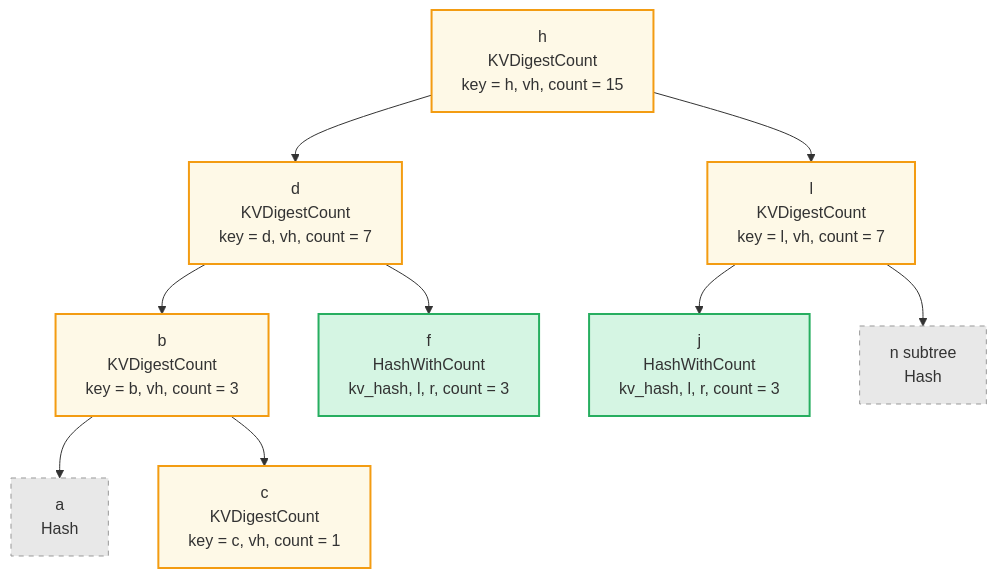
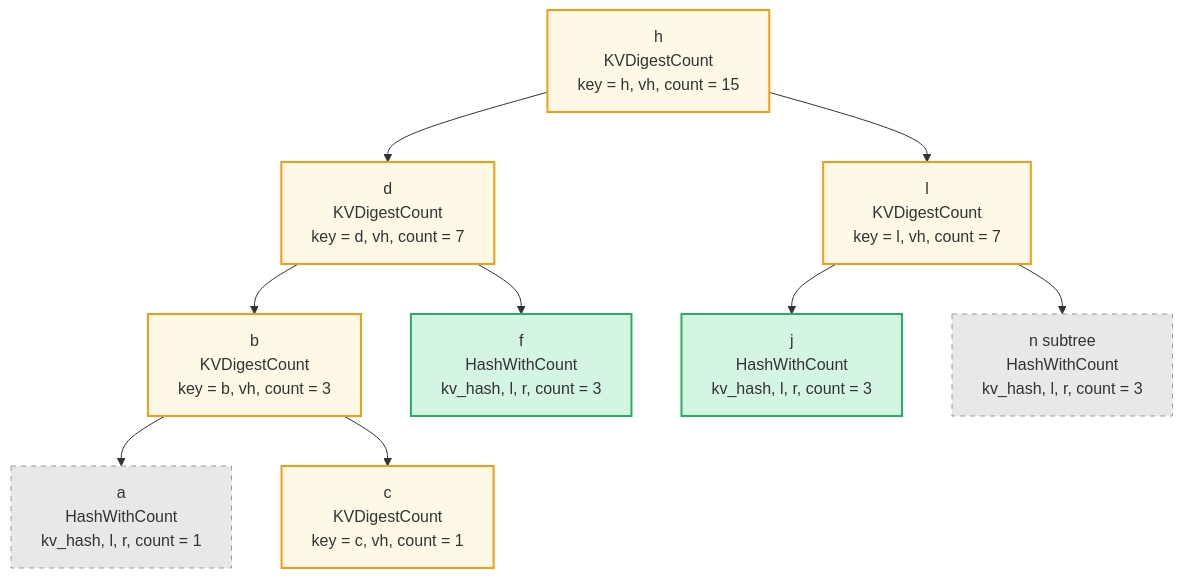
Before and after one commit to dashpay/grovedb: the fifth of 5 diagrams in docs/book/src/aggregate-count-queries.md, drawn with Mermaid. The commit also changed other lines of this file and 1 other file, not shown here.

````diff
--- a/docs/book/src/aggregate-count-queries.md
+++ b/docs/book/src/aggregate-count-queries.md
@@ -397,30 +409,30 @@
 ```mermaid
 graph TD
     h["h<br/>KVDigestCount<br/>key = h, vh, count = 15"]
     d["d<br/>KVDigestCount<br/>key = d, vh, count = 7"]
     l["l<br/>KVDigestCount<br/>key = l, vh, count = 7"]
     b["b<br/>KVDigestCount<br/>key = b, vh, count = 3"]
     f["f<br/>HashWithCount<br/>kv_hash, l, r, count = 3"]
     j["j<br/>HashWithCount<br/>kv_hash, l, r, count = 3"]
-    nH["n subtree<br/>Hash"]
-    aH["a<br/>Hash"]
+    nH["n subtree<br/>HashWithCount<br/>kv_hash, l, r, count = 3"]
+    aH["a<br/>HashWithCount<br/>kv_hash, l, r, count = 1"]
     c["c<br/>KVDigestCount<br/>key = c, vh, count = 1"]
     h --> d
     h --> l
     d --> b
     d --> f
     l --> j
     l --> nH
     b --> aH
     b --> c
 
     style h fill:#fef9e7,stroke:#f39c12,stroke-width:2px
     style d fill:#fef9e7,stroke:#f39c12,stroke-width:2px
     style l fill:#fef9e7,stroke:#f39c12,stroke-width:2px
     style b fill:#fef9e7,stroke:#f39c12,stroke-width:2px
     style c fill:#fef9e7,stroke:#f39c12,stroke-width:2px
     style f fill:#d5f5e3,stroke:#27ae60,stroke-width:2px
     style j fill:#d5f5e3,stroke:#27ae60,stroke-width:2px
     style aH fill:#e8e8e8,stroke:#999,stroke-dasharray:5 5
     style nH fill:#e8e8e8,stroke:#999,stroke-dasharray:5 5
 ```
````
